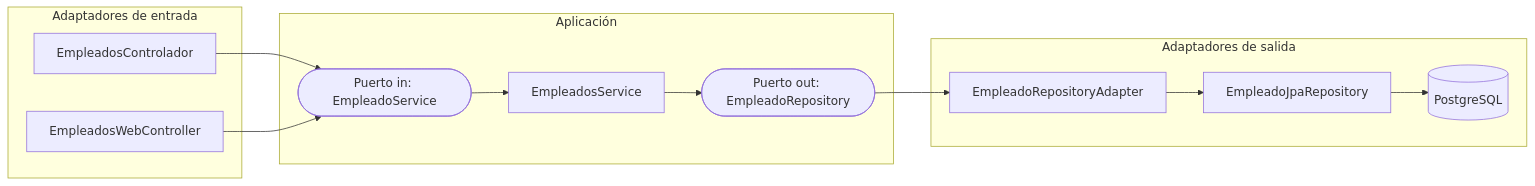
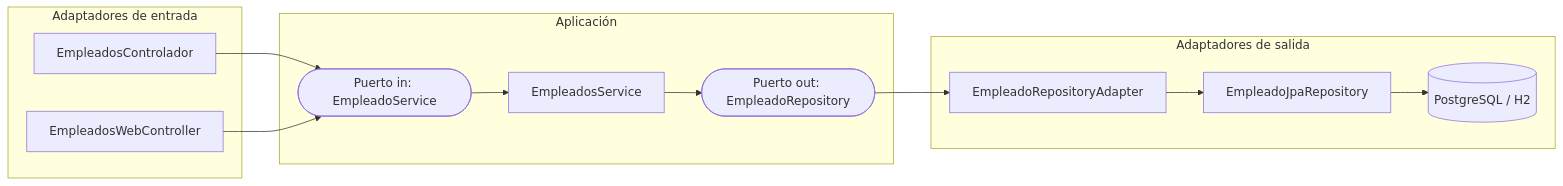
The first of 5 diagrams in README.md (agriarte/SpringBootBasico_ArquitecturaHexagonal), drawn with Mermaid before and after one commit. The commit also changed other lines of this file and 7 other files, not shown here.

Commit message:
Configure Spring profiles for H2 and PostgreSQL from Eclipse and PostgreSQL from Docker

````diff
--- a/README.md
+++ b/README.md
@@ -7,27 +27,27 @@
 ```mermaid
 flowchart LR
     subgraph IN["Adaptadores de entrada"]
         REST[EmpleadosControlador]
         WEB[EmpleadosWebController]
     end
 
     subgraph APP["Aplicación"]
         PIN(["Puerto in: EmpleadoService"])
         SVC[EmpleadosService]
         POUT(["Puerto out: EmpleadoRepository"])
     end
 
     subgraph OUT["Adaptadores de salida"]
         ADAPTER[EmpleadoRepositoryAdapter]
         JPA[EmpleadoJpaRepository]
-        DB[(PostgreSQL)]
+        DB[(PostgreSQL / H2)]
     end
 
     REST --> PIN
     WEB --> PIN
     PIN --> SVC
     SVC --> POUT
     POUT --> ADAPTER
     ADAPTER --> JPA
     JPA --> DB
 ```
````
